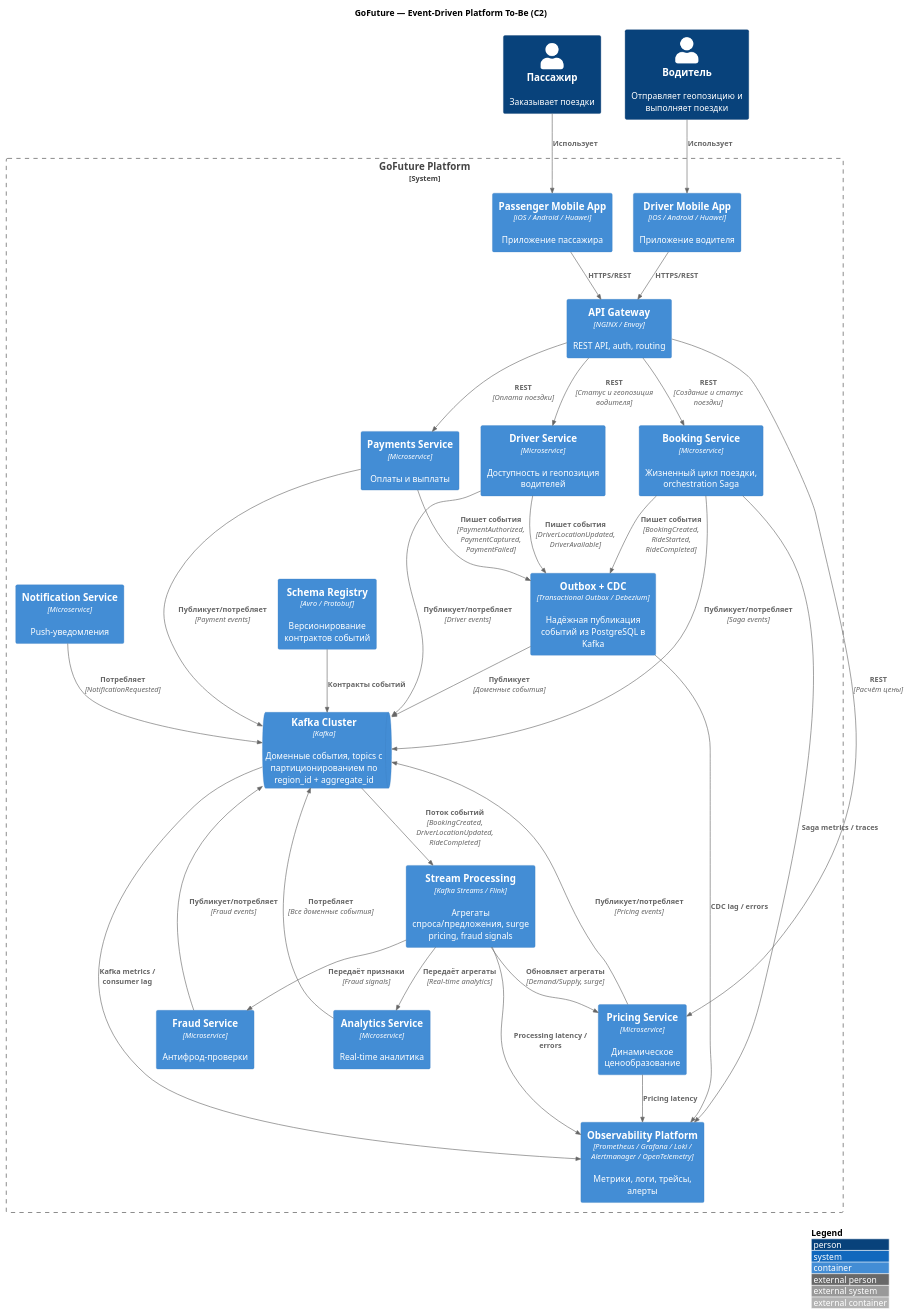
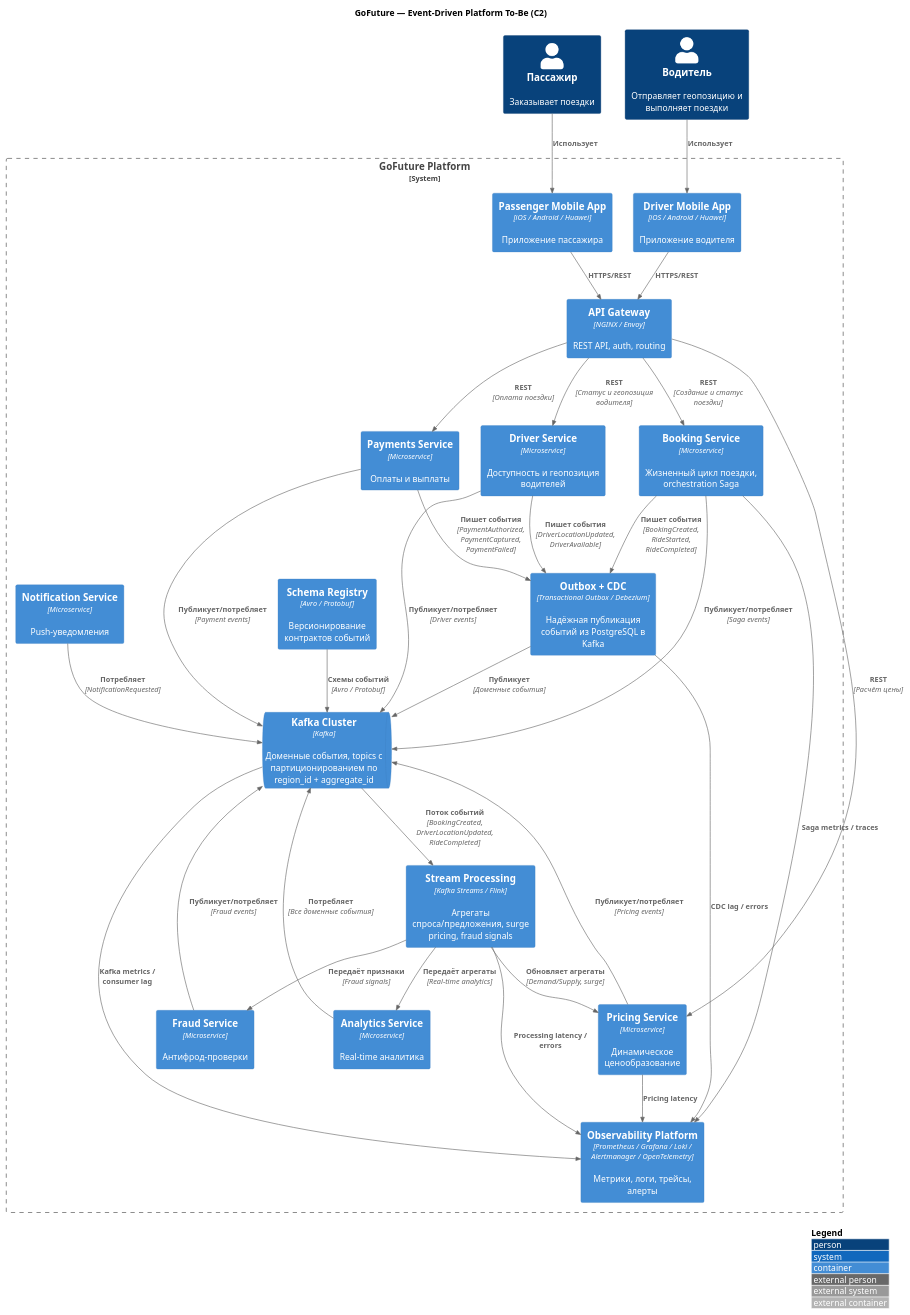
One commit to vstebletsov89/MSA-GoFuture changed the diagram in Task2/c2-event-platform.puml. Above: the diagram before and after it, drawn with PlantUML.

```diff
--- a/Task2/c2-event-platform.puml
+++ b/Task2/c2-event-platform.puml
@@ -1,70 +1,70 @@
 @startuml C2_GoFuture_Event_Platform
 !include https://raw.githubusercontent.com/plantuml-stdlib/C4-PlantUML/master/C4_Container.puml
 
 LAYOUT_WITH_LEGEND()
 title GoFuture — Event-Driven Platform To-Be (C2)
 
 Person(passenger, "Пассажир", "Заказывает поездки")
 Person(driver, "Водитель", "Отправляет геопозицию и выполняет поездки")
 
 System_Boundary(gofuture, "GoFuture Platform") {
 
     Container(passenger_app, "Passenger Mobile App", "iOS / Android / Huawei", "Приложение пассажира")
     Container(driver_app, "Driver Mobile App", "iOS / Android / Huawei", "Приложение водителя")
 
     Container(api_gateway, "API Gateway", "NGINX / Envoy", "REST API, auth, routing")
 
     Container(booking_service, "Booking Service", "Microservice", "Жизненный цикл поездки, orchestration Saga")
     Container(driver_service, "Driver Service", "Microservice", "Доступность и геопозиция водителей")
     Container(pricing_service, "Pricing Service", "Microservice", "Динамическое ценообразование")
     Container(payment_service, "Payments Service", "Microservice", "Оплаты и выплаты")
     Container(fraud_service, "Fraud Service", "Microservice", "Антифрод-проверки")
     Container(notification_service, "Notification Service", "Microservice", "Push-уведомления")
     Container(analytics_service, "Analytics Service", "Microservice", "Real-time аналитика")
 
     ContainerQueue(kafka, "Kafka Cluster", "Kafka", "Доменные события, topics с партиционированием по region_id + aggregate_id")
     Container(stream_processing, "Stream Processing", "Kafka Streams / Flink", "Агрегаты спроса/предложения, surge pricing, fraud signals")
 
     Container(outbox_cdc, "Outbox + CDC", "Transactional Outbox / Debezium", "Надёжная публикация событий из PostgreSQL в Kafka")
     Container(schema_registry, "Schema Registry", "Avro / Protobuf", "Версионирование контрактов событий")
 
     Container(observability, "Observability Platform", "Prometheus / Grafana / Loki / Alertmanager / OpenTelemetry", "Метрики, логи, трейсы, алерты")
 }
 
 Rel(passenger, passenger_app, "Использует")
 Rel(driver, driver_app, "Использует")
 
 Rel(passenger_app, api_gateway, "HTTPS/REST")
 Rel(driver_app, api_gateway, "HTTPS/REST")
 
 Rel(api_gateway, booking_service, "REST", "Создание и статус поездки")
 Rel(api_gateway, driver_service, "REST", "Статус и геопозиция водителя")
 Rel(api_gateway, pricing_service, "REST", "Расчёт цены")
 Rel(api_gateway, payment_service, "REST", "Оплата поездки")
 
 Rel(booking_service, outbox_cdc, "Пишет события", "BookingCreated, RideStarted, RideCompleted")
 Rel(driver_service, outbox_cdc, "Пишет события", "DriverLocationUpdated, DriverAvailable")
 Rel(payment_service, outbox_cdc, "Пишет события", "PaymentAuthorized, PaymentCaptured, PaymentFailed")
 Rel(outbox_cdc, kafka, "Публикует", "Доменные события")
 
 Rel(booking_service, kafka, "Публикует/потребляет", "Saga events")
 Rel(driver_service, kafka, "Публикует/потребляет", "Driver events")
 Rel(pricing_service, kafka, "Публикует/потребляет", "Pricing events")
 Rel(payment_service, kafka, "Публикует/потребляет", "Payment events")
 Rel(fraud_service, kafka, "Публикует/потребляет", "Fraud events")
 Rel(notification_service, kafka, "Потребляет", "NotificationRequested")
 Rel(analytics_service, kafka, "Потребляет", "Все доменные события")
 
 Rel(kafka, stream_processing, "Поток событий", "BookingCreated, DriverLocationUpdated, RideCompleted")
 Rel(stream_processing, pricing_service, "Обновляет агрегаты", "Demand/Supply, surge")
 Rel(stream_processing, fraud_service, "Передаёт признаки", "Fraud signals")
 Rel(stream_processing, analytics_service, "Передаёт агрегаты", "Real-time analytics")
 
-Rel(schema_registry, kafka, "Контракты событий")
+Rel(schema_registry, kafka, "Схемы событий", "Avro / Protobuf")
 Rel(kafka, observability, "Kafka metrics / consumer lag")
 Rel(stream_processing, observability, "Processing latency / errors")
 Rel(outbox_cdc, observability, "CDC lag / errors")
 Rel(booking_service, observability, "Saga metrics / traces")
 Rel(pricing_service, observability, "Pricing latency")
 
 @enduml
```
